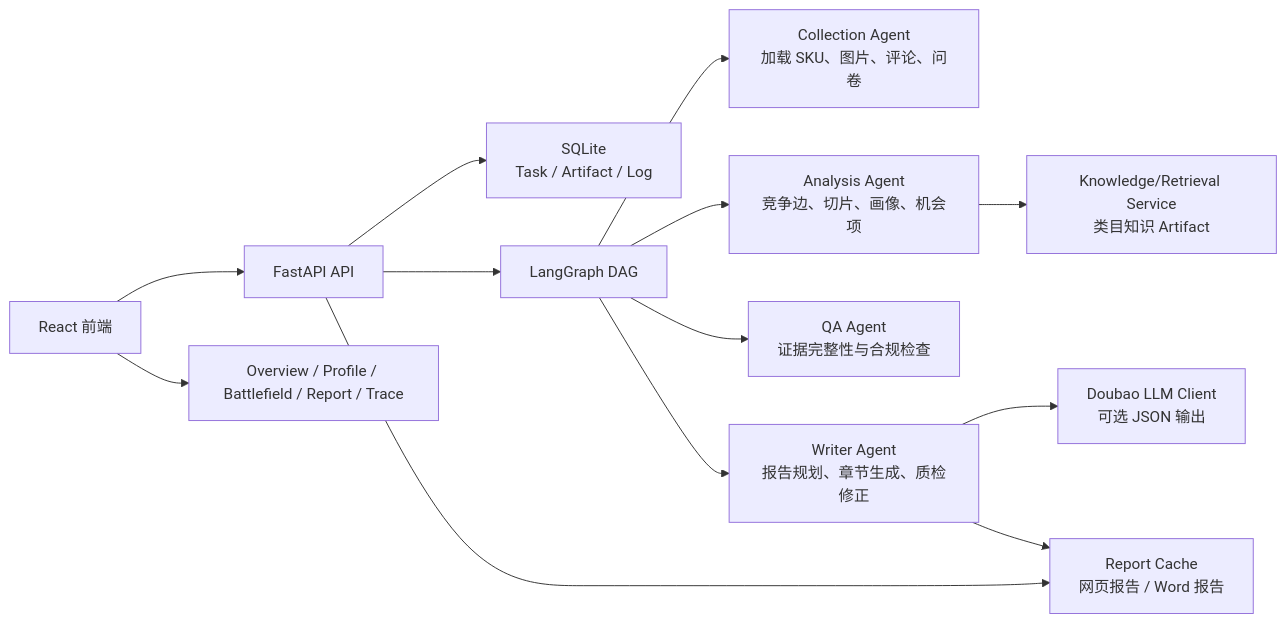
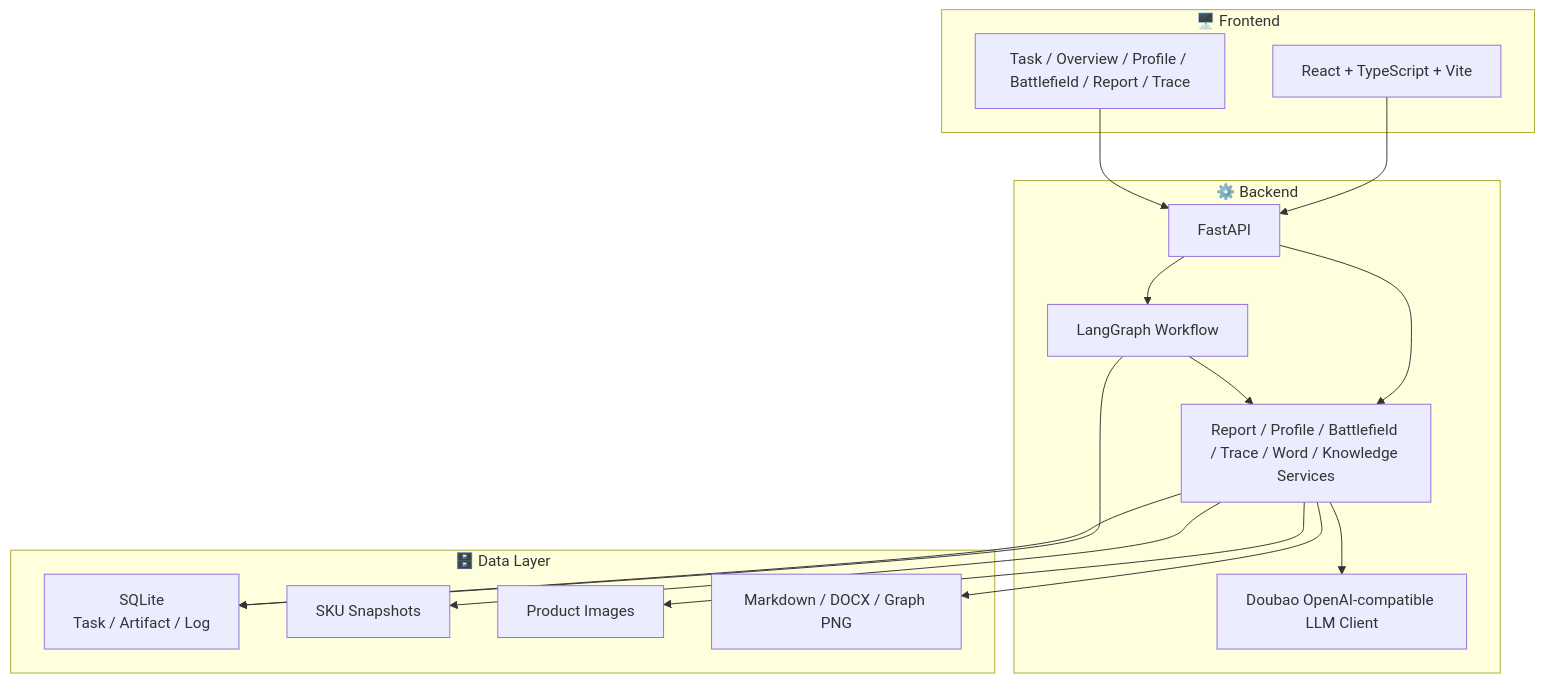
One commit to Moonsqueaks/CompeteX-Agent changed the second of 2 diagrams in README.md. Above: the diagram before and after it, drawn with Mermaid. The commit also changed other lines of this file, not shown here.

````diff
--- a/README.md
+++ b/README.md
@@ -85,18 +137,33 @@
 ```mermaid
-flowchart LR
-    UI["React 前端"] --> API["FastAPI API"]
-    API --> DB["SQLite\nTask / Artifact / Log"]
-    API --> WF["LangGraph DAG"]
+flowchart TB
+    subgraph Frontend["🖥️ Frontend"]
+        UI["React + TypeScript + Vite"]
+        Pages["Task / Overview / Profile / Battlefield / Report / Trace"]
+    end
 
-    WF --> C["Collection Agent\n加载 SKU、图片、评论、问卷"]
-    WF --> A["Analysis Agent\n竞争边、切片、画像、机会项"]
-    WF --> Q["QA Agent\n证据完整性与合规检查"]
-    WF --> W["Writer Agent\n报告规划、章节生成、质检修正"]
+    subgraph Backend["⚙️ Backend"]
+        API["FastAPI"]
+        Workflow["LangGraph Workflow"]
+        Services["Report / Profile / Battlefield / Trace / Word / Knowledge Services"]
+        LLM["Doubao OpenAI-compatible LLM Client"]
+    end
 
-    A --> KG["Knowledge/Retrieval Service\n类目知识 Artifact"]
-    W --> LLM["Doubao LLM Client\n可选 JSON 输出"]
-    W --> CACHE["Report Cache\n网页报告 / Word 报告"]
+    subgraph Data["🗄️ Data Layer"]
+        DB["SQLite\nTask / Artifact / Log"]
+        Snapshots["SKU Snapshots"]
+        RawAssets["Product Images"]
+        Reports["Markdown / DOCX / Graph PNG"]
+    end
 
-    API --> CACHE
-    UI --> PAGES["Overview / Profile / Battlefield / Report / Trace"]
+    UI --> API
+    Pages --> API
+    API --> Workflow
+    API --> Services
+    Workflow --> Services
+    Services --> LLM
+    Workflow --> DB
+    Services --> DB
+    Services --> Snapshots
+    Services --> RawAssets
+    Services --> Reports
 ```
````
